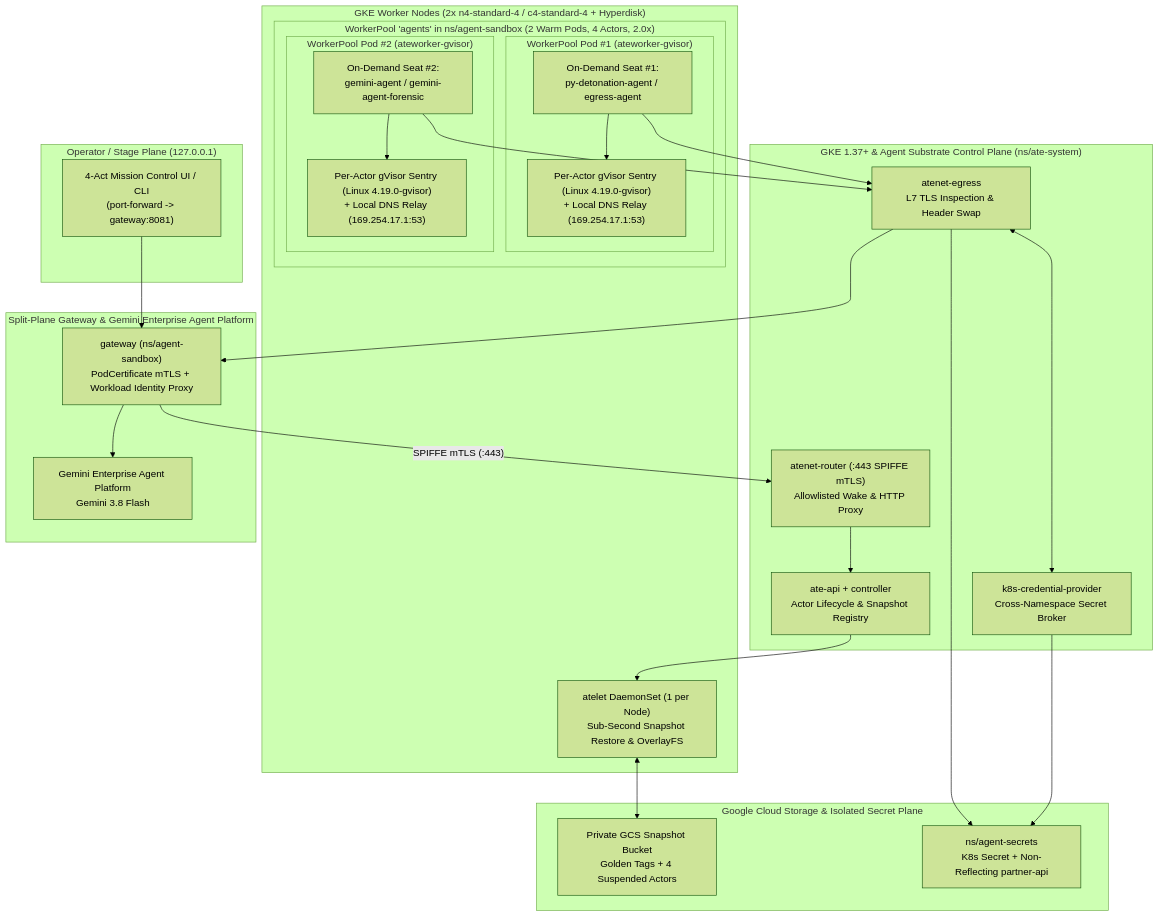
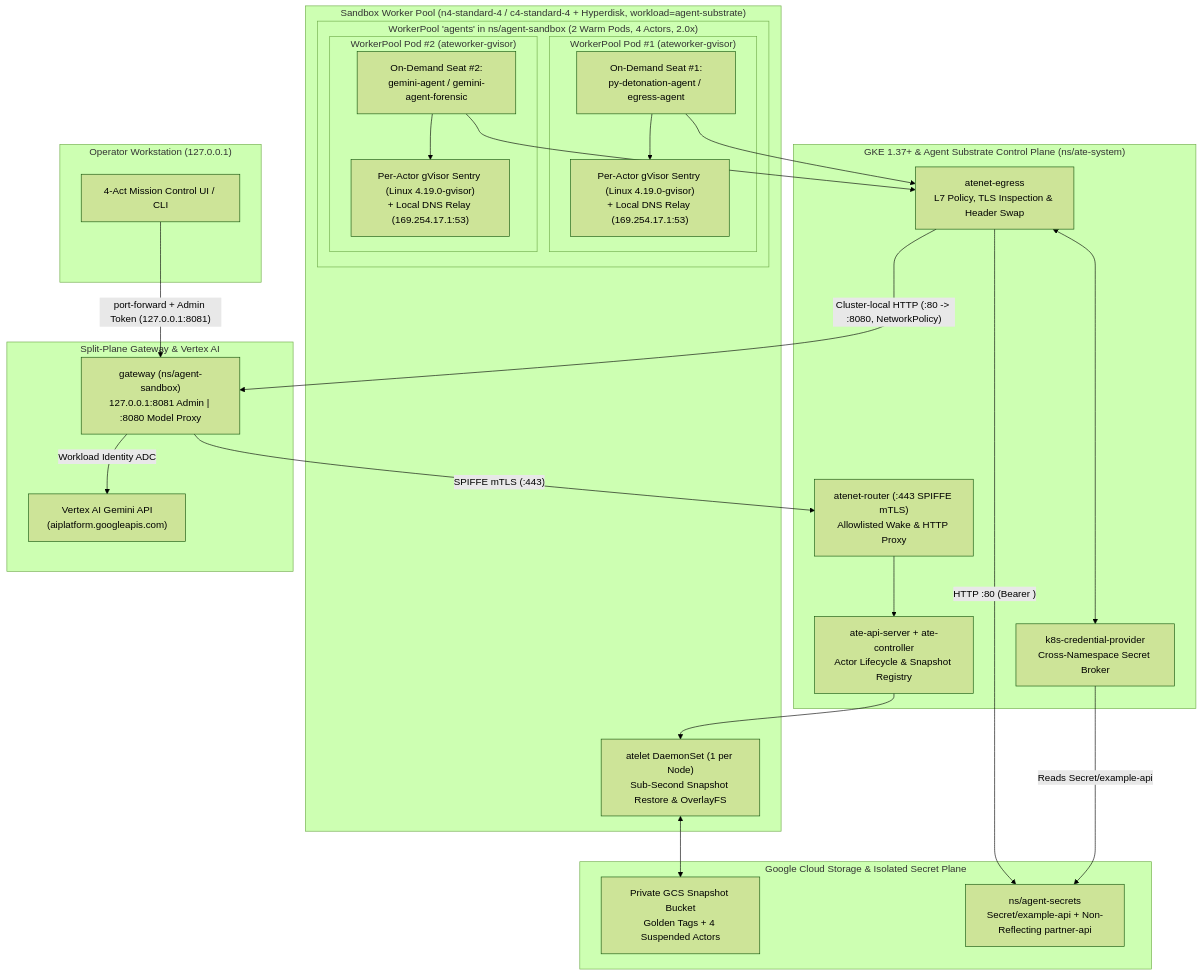
The diagram in docs/platforms/gke/base/use-cases/agent-substrate-security-demo/README.md (GoogleCloudPlatform/accelerated-platforms), drawn with Mermaid (forest theme) before and after one commit. The commit also changed other lines of this file and 3 other files, not shown here.

Commit message:
docs(agent-substrate-security-demo): align architecture and deployment guides for production best practices

````diff
--- a/docs/platforms/gke/base/use-cases/agent-substrate-security-demo/README.md
+++ b/docs/platforms/gke/base/use-cases/agent-substrate-security-demo/README.md
@@ -32,52 +36,52 @@
 ```mermaid
 flowchart TB
-  subgraph Client["Operator / Stage Plane (127.0.0.1)"]
-    UI["4-Act Mission Control UI / CLI<br/>(port-forward -> gateway:8081)"]
+  subgraph Client["Operator Workstation (127.0.0.1)"]
+    UI["4-Act Mission Control UI / CLI"]
   end
 
   subgraph ControlPlane["GKE 1.37+ & Agent Substrate Control Plane (ns/ate-system)"]
     Router["atenet-router (:443 SPIFFE mTLS)<br/>Allowlisted Wake & HTTP Proxy"]
-    API["ate-api + controller<br/>Actor Lifecycle & Snapshot Registry"]
+    API["ate-api-server + ate-controller<br/>Actor Lifecycle & Snapshot Registry"]
     CredProv["k8s-credential-provider<br/>Cross-Namespace Secret Broker"]
-    Egress["atenet-egress<br/>L7 TLS Inspection & Header Swap"]
+    Egress["atenet-egress<br/>L7 Policy, TLS Inspection & Header Swap"]
   end
 
-  subgraph WorkerNodes["GKE Worker Nodes (2x n4-standard-4 / c4-standard-4 + Hyperdisk)"]
+  subgraph WorkerNodes["Sandbox Worker Pool (n4-standard-4 / c4-standard-4 + Hyperdisk, workload=agent-substrate)"]
     Atelet["atelet DaemonSet (1 per Node)<br/>Sub-Second Snapshot Restore & OverlayFS"]
     subgraph WorkerPool["WorkerPool 'agents' in ns/agent-sandbox (2 Warm Pods, 4 Actors, 2.0x)"]
       subgraph WorkerPod1["WorkerPool Pod #1 (ateworker-gvisor)"]
         Sentry1["Per-Actor gVisor Sentry (Linux 4.19.0-gvisor)<br/>+ Local DNS Relay (169.254.17.1:53)"]
         ActiveSlot1["On-Demand Seat #1:<br/>py-detonation-agent / egress-agent"]
       end
       subgraph WorkerPod2["WorkerPool Pod #2 (ateworker-gvisor)"]
         Sentry2["Per-Actor gVisor Sentry (Linux 4.19.0-gvisor)<br/>+ Local DNS Relay (169.254.17.1:53)"]
         ActiveSlot2["On-Demand Seat #2:<br/>gemini-agent / gemini-agent-forensic"]
       end
     end
   end
 
-  subgraph GatewayPlane["Split-Plane Gateway & Gemini Enterprise Agent Platform"]
-    Gateway["gateway (ns/agent-sandbox)<br/>PodCertificate mTLS + Workload Identity Proxy"]
-    GeminiAPI["Gemini Enterprise Agent Platform<br/>Gemini 3.8 Flash"]
+  subgraph GatewayPlane["Split-Plane Gateway & Vertex AI"]
+    Gateway["gateway (ns/agent-sandbox)<br/>127.0.0.1:8081 Admin | :8080 Model Proxy"]
+    VertexAPI["Vertex AI Gemini API<br/>(aiplatform.googleapis.com)"]
   end
 
   subgraph Storage["Google Cloud Storage & Isolated Secret Plane"]
     GCS["Private GCS Snapshot Bucket<br/>Golden Tags + 4 Suspended Actors"]
-    SecretNS["ns/agent-secrets<br/>K8s Secret + Non-Reflecting partner-api"]
+    SecretNS["ns/agent-secrets<br/>Secret/example-api + Non-Reflecting partner-api"]
   end
 
-  UI --> Gateway
+  UI -->|"port-forward + Admin Token (127.0.0.1:8081)"| Gateway
   Gateway -->|"SPIFFE mTLS (:443)"| Router
   Router --> API
   API --> Atelet
   Atelet <--> GCS
   ActiveSlot1 --> Sentry1
   ActiveSlot2 --> Sentry2
   ActiveSlot1 --> Egress
   ActiveSlot2 --> Egress
-  Egress --> Gateway
-  Egress --> SecretNS
-  Gateway --> GeminiAPI
-  CredProv --> SecretNS
+  Egress -->|"Cluster-local HTTP (:80 -> :8080, NetworkPolicy)"| Gateway
+  Egress -->|"HTTP :80 (Bearer <swapped>)"| SecretNS
+  Gateway -->|"Workload Identity ADC"| VertexAPI
+  CredProv -->|"Reads Secret/example-api"| SecretNS
   Egress <--> CredProv
 ```
````
